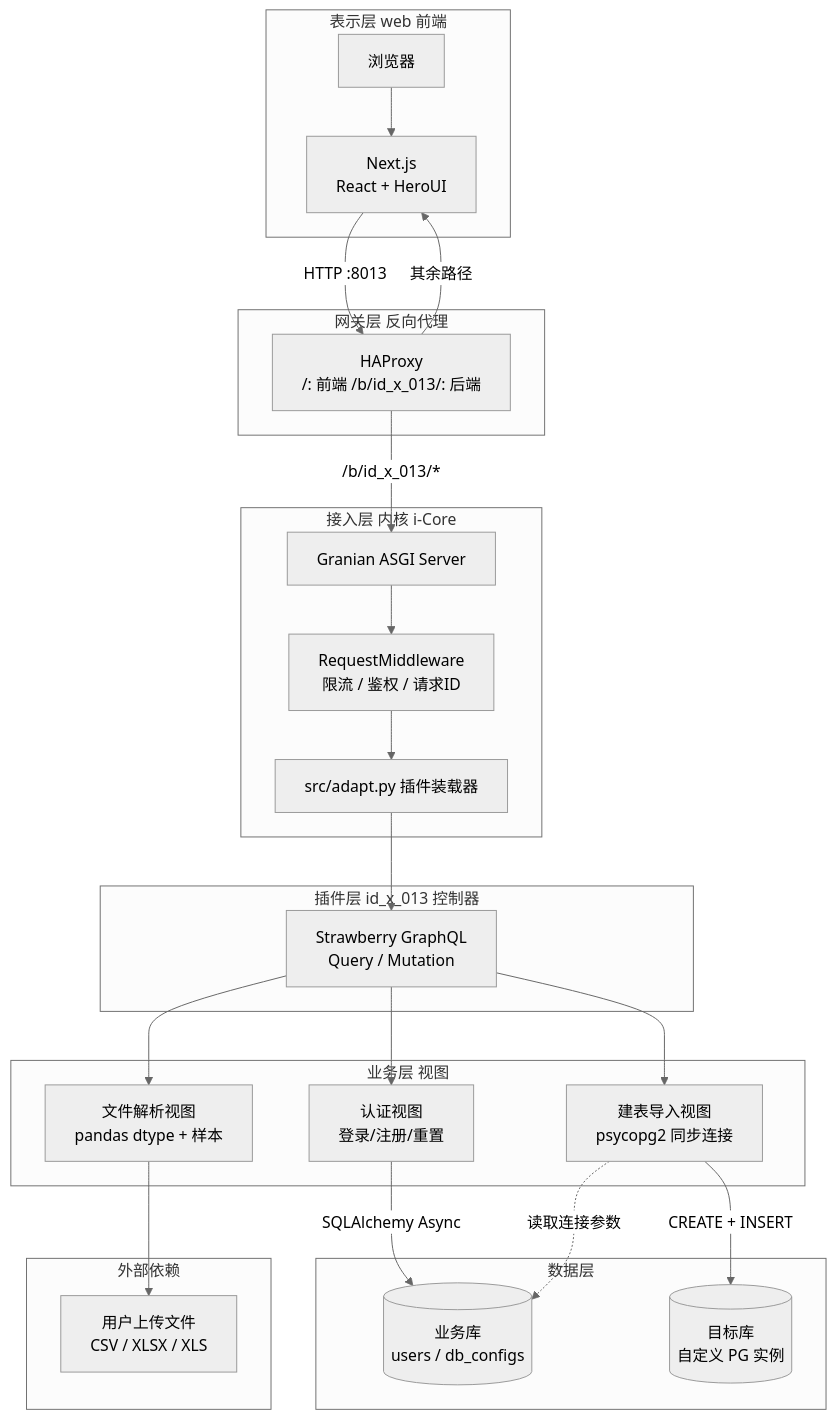
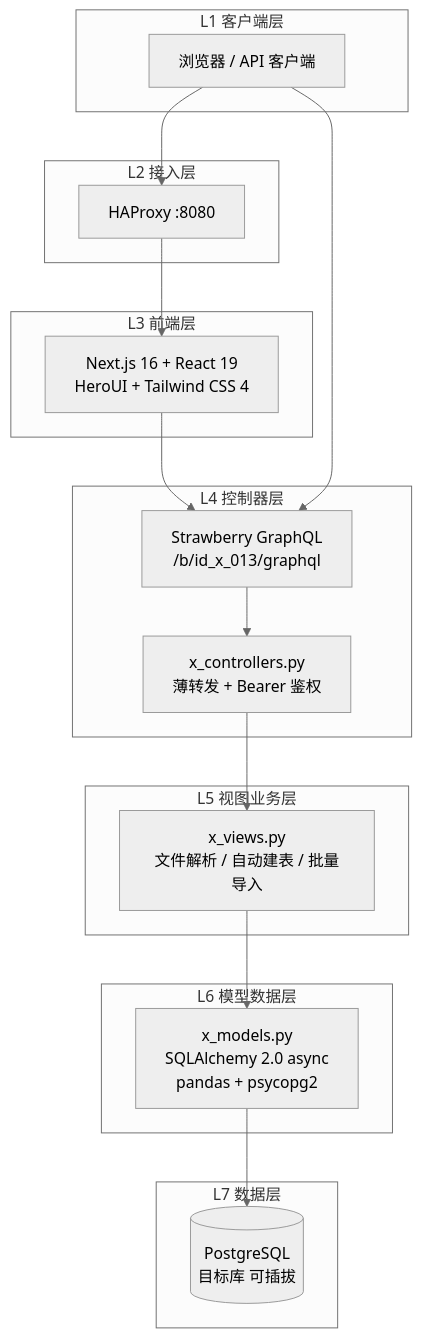
Before and after one commit to i-TorchLabs/id_x_013: the first of 2 diagrams in README.md, drawn with Mermaid (neutral theme). The commit also changed other lines of this file, not shown here.

````diff
--- a/README.md
+++ b/README.md
@@ -64,49 +68,40 @@
 ```mermaid
 graph TB
-  subgraph L1[表示层 web 前端]
-    Browser[浏览器]
-    NextJS["Next.js<br/>React + HeroUI"]
-  end
+    subgraph L1["L1 客户端层"]
+        Browser["浏览器 / API 客户端"]
+    end
 
-  subgraph L2[网关层 反向代理]
-    HAProxy[HAProxy<br/>/: 前端 /b/id_x_013/: 后端]
-  end
+    subgraph L2["L2 接入层"]
+        HAProxy["HAProxy :8080"]
+    end
 
-  subgraph L3[接入层 内核 i-Core]
-    Granian[Granian ASGI Server]
-    MW[RequestMiddleware<br/>限流 / 鉴权 / 请求ID]
-    Adapt["src/adapt.py 插件装载器"]
-  end
+    subgraph L3["L3 前端层"]
+        Next["Next.js 16 + React 19<br/>HeroUI + Tailwind CSS 4"]
+    end
 
-  subgraph L4[插件层 id_x_013 控制器]
-    GQL[Strawberry GraphQL<br/>Query / Mutation]
-  end
+    subgraph L4["L4 控制器层"]
+        Ctrl["x_controllers.py<br/>薄转发 + Bearer 鉴权"]
+        GQL["Strawberry GraphQL<br/>/b/id_x_013/graphql"]
+    end
 
-  subgraph L5[业务层 视图]
-    Auth[认证视图<br/>登录/注册/重置]
-    Parse[文件解析视图<br/>pandas dtype + 样本]
-    Import[建表导入视图<br/>psycopg2 同步连接]
-  end
+    subgraph L5["L5 视图业务层"]
+        View["x_views.py<br/>文件解析 / 自动建表 / 批量导入"]
+    end
 
-  subgraph L6[数据层]
-    BizDB[(业务库<br/>users / db_configs)]
-    TargetDB[(目标库<br/>自定义 PG 实例)]
-  end
+    subgraph L6["L6 模型数据层"]
+        Model["x_models.py<br/>SQLAlchemy 2.0 async<br/>pandas + psycopg2"]
+    end
 
-  subgraph L7[外部依赖]
-    Client[用户上传文件<br/>CSV / XLSX / XLS]
-  end
+    subgraph L7["L7 数据层"]
+        PG[("PostgreSQL<br/>目标库 可插拔")]
+    end
 
-  Browser --> NextJS
-  NextJS -->|HTTP :8013| HAProxy
-  HAProxy -->|/b/id_x_013/*| Granian
-  HAProxy -->|其余路径| NextJS
-  Granian --> MW --> Adapt --> GQL
-  GQL --> Auth
-  GQL --> Parse
-  GQL --> Import
-  Auth -->|SQLAlchemy Async| BizDB
-  Parse --> Client
-  Import -->|CREATE + INSERT| TargetDB
-  Import -.->|读取连接参数| BizDB
+    Browser --> HAProxy
+    HAProxy --> Next
+    Next --> GQL
+    Browser --> GQL
+    GQL --> Ctrl
+    Ctrl --> View
+    View --> Model
+    Model --> PG
 ```
````
